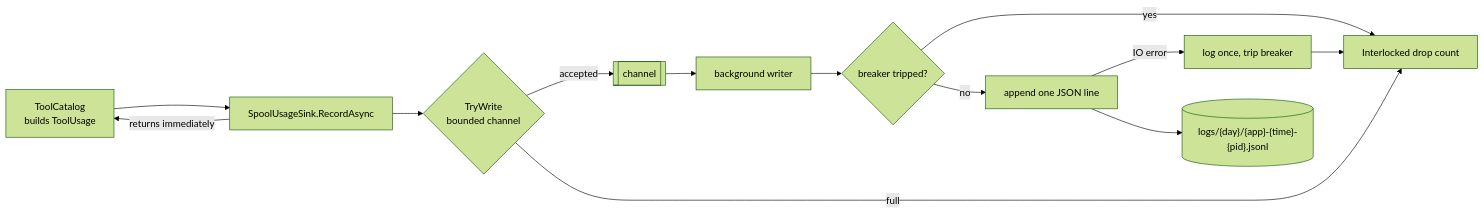
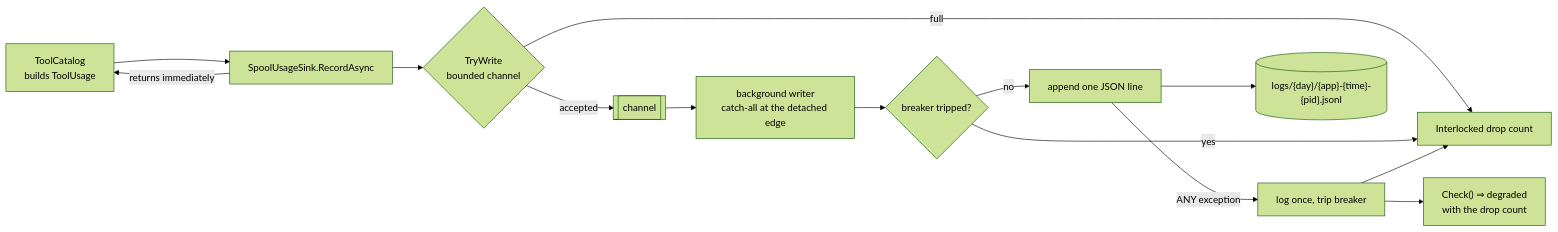
Before and after one commit to oleksandrdubyna88/dew_flow_mcp: the diagram in research/module_telemetry.md, drawn with Mermaid (forest theme). The commit also changed other lines of this file and 20 other files, not shown here.

````diff
--- a/research/module_telemetry.md
+++ b/research/module_telemetry.md
@@ -19,16 +19,17 @@
 ```mermaid
 flowchart LR
     CATALOG["ToolCatalog<br/>builds ToolUsage"] --> RECORD["SpoolUsageSink.RecordAsync"]
     RECORD --> TRY{"TryWrite<br/>bounded channel"}
     TRY -->|accepted| QUEUE[["channel"]]
     TRY -->|full| DROP["Interlocked drop count"]
     RECORD -->|returns immediately| CATALOG
 
-    QUEUE --> WRITER["background writer"]
+    QUEUE --> WRITER["background writer<br/>catch-all at the detached edge"]
     WRITER --> BROKEN{"breaker tripped?"}
     BROKEN -->|yes| DROP
     BROKEN -->|no| APPEND["append one JSON line"]
-    APPEND -->|IO error| TRIP["log once, trip breaker"]
+    APPEND -->|"ANY exception"| TRIP["log once, trip breaker"]
     APPEND --> FILE[("logs/{day}/{app}-{time}-{pid}.jsonl")]
     TRIP --> DROP
+    TRIP --> HEALTH["Check() ⇒ degraded<br/>with the drop count"]
 ```
````
